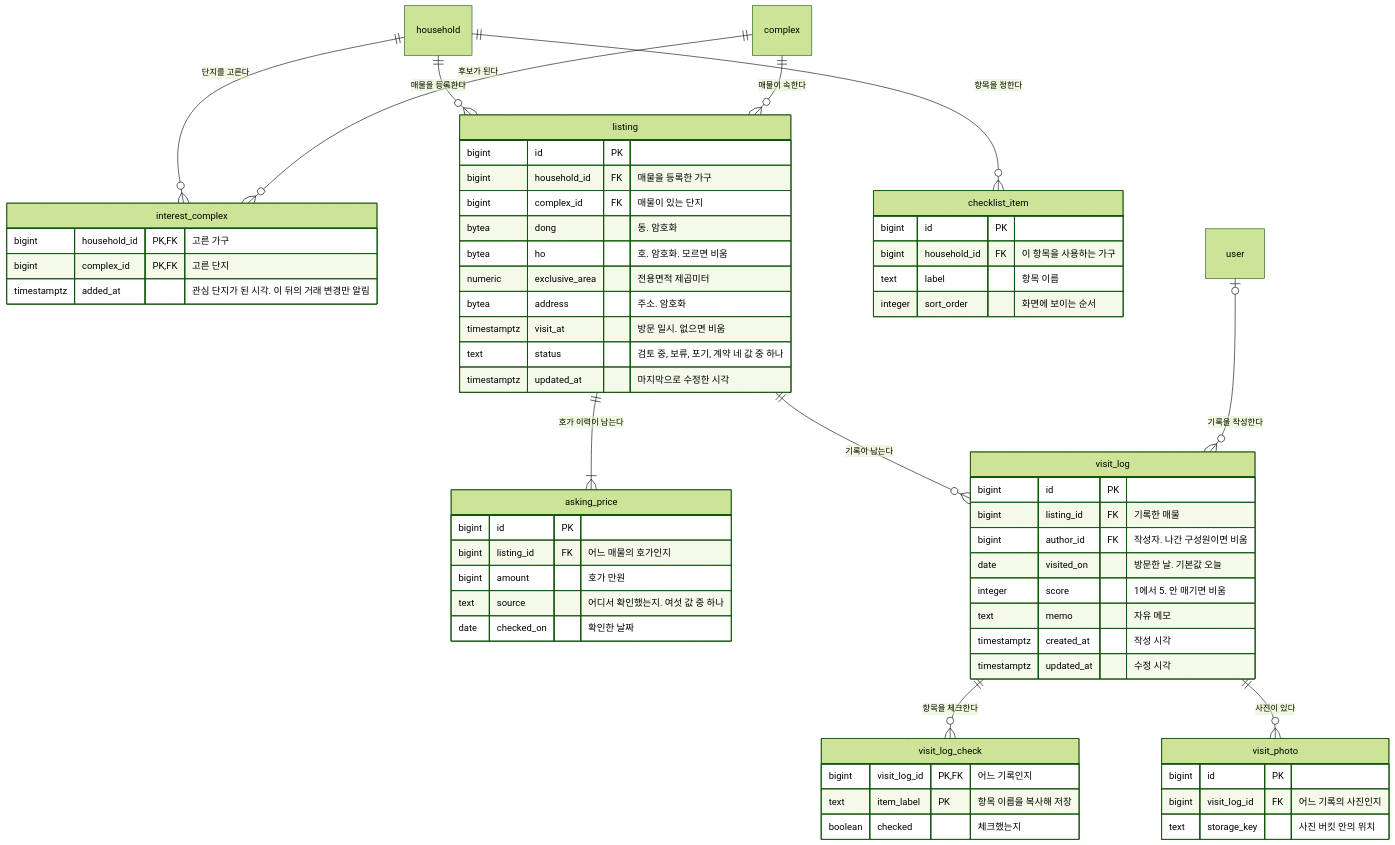
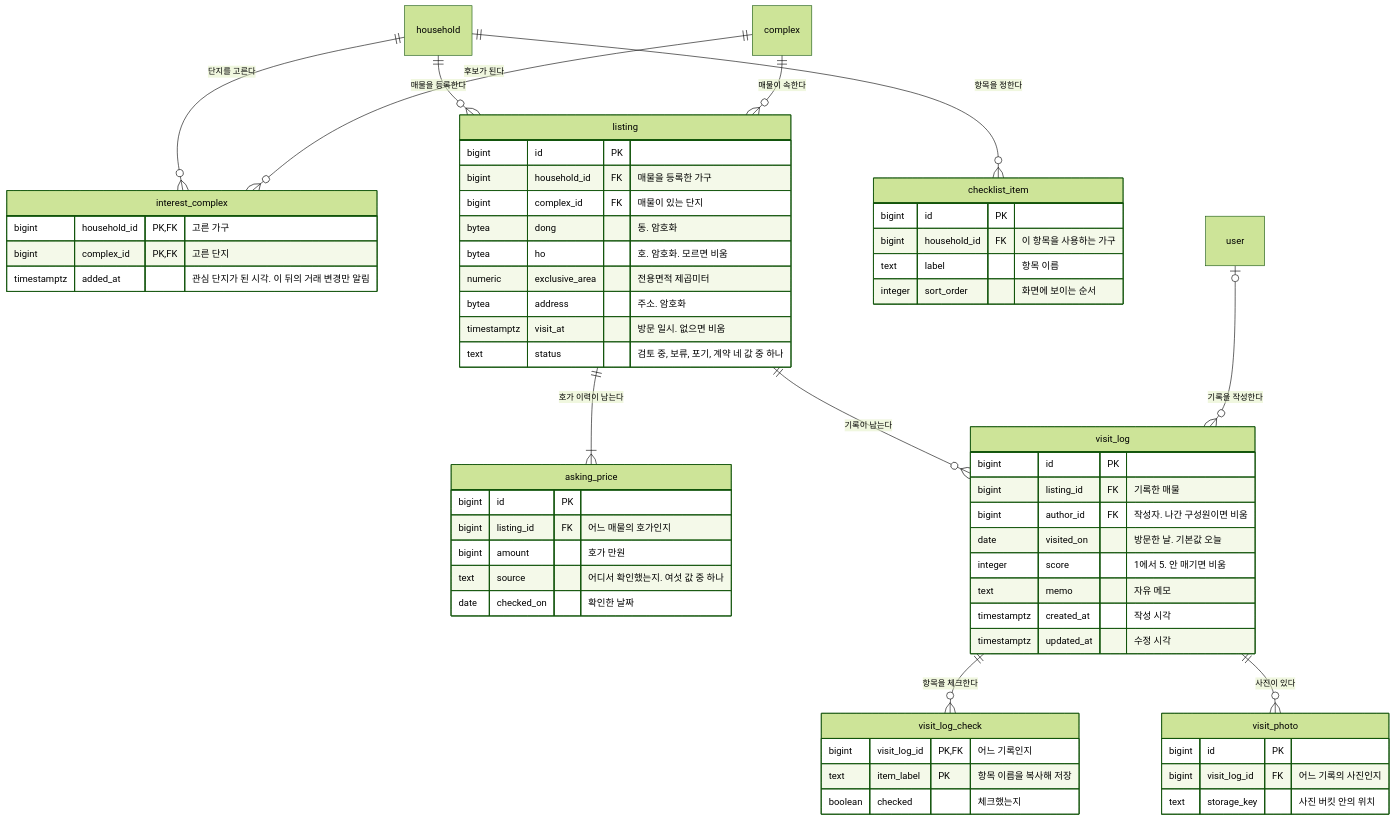
The third of 4 diagrams in docs/architecture/data-model.md (Park-Seung-Hun/real-estate), drawn with Mermaid (forest theme) before and after one commit. The commit also changed other lines of this file and 16 other files, not shown here.

````diff
--- a/docs/architecture/data-model.md
+++ b/docs/architecture/data-model.md
@@ -302,63 +302,62 @@
 ```mermaid
 erDiagram
   interest_complex {
     bigint household_id PK, FK "고른 가구"
     bigint complex_id PK, FK "고른 단지"
     timestamptz added_at "관심 단지가 된 시각. 이 뒤의 거래 변경만 알림"
   }
   listing {
     bigint id PK
     bigint household_id FK "매물을 등록한 가구"
     bigint complex_id FK "매물이 있는 단지"
     bytea dong "동. 암호화"
     bytea ho "호. 암호화. 모르면 비움"
     numeric exclusive_area "전용면적 제곱미터"
     bytea address "주소. 암호화"
     timestamptz visit_at "방문 일시. 없으면 비움"
     text status "검토 중, 보류, 포기, 계약 네 값 중 하나"
-    timestamptz updated_at "마지막으로 수정한 시각"
   }
   asking_price {
     bigint id PK
     bigint listing_id FK "어느 매물의 호가인지"
     bigint amount "호가 만원"
     text source "어디서 확인했는지. 여섯 값 중 하나"
     date checked_on "확인한 날짜"
   }
   checklist_item {
     bigint id PK
     bigint household_id FK "이 항목을 사용하는 가구"
     text label "항목 이름"
     integer sort_order "화면에 보이는 순서"
   }
   visit_log {
     bigint id PK
     bigint listing_id FK "기록한 매물"
     bigint author_id FK "작성자. 나간 구성원이면 비움"
     date visited_on "방문한 날. 기본값 오늘"
     integer score "1에서 5. 안 매기면 비움"
     text memo "자유 메모"
     timestamptz created_at "작성 시각"
     timestamptz updated_at "수정 시각"
   }
   visit_log_check {
     bigint visit_log_id PK, FK "어느 기록인지"
     text item_label PK "항목 이름을 복사해 저장"
     boolean checked "체크했는지"
   }
   visit_photo {
     bigint id PK
     bigint visit_log_id FK "어느 기록의 사진인지"
     text storage_key "사진 버킷 안의 위치"
   }
   household ||--o{ interest_complex : "단지를 고른다"
   complex ||--o{ interest_complex : "후보가 된다"
   household ||--o{ listing : "매물을 등록한다"
   complex ||--o{ listing : "매물이 속한다"
   listing ||--|{ asking_price : "호가 이력이 남는다"
   listing ||--o{ visit_log : "기록이 남는다"
   user |o--o{ visit_log : "기록을 작성한다"
   household ||--o{ checklist_item : "항목을 정한다"
   visit_log ||--o{ visit_log_check : "항목을 체크한다"
   visit_log ||--o{ visit_photo : "사진이 있다"
 ```
````
